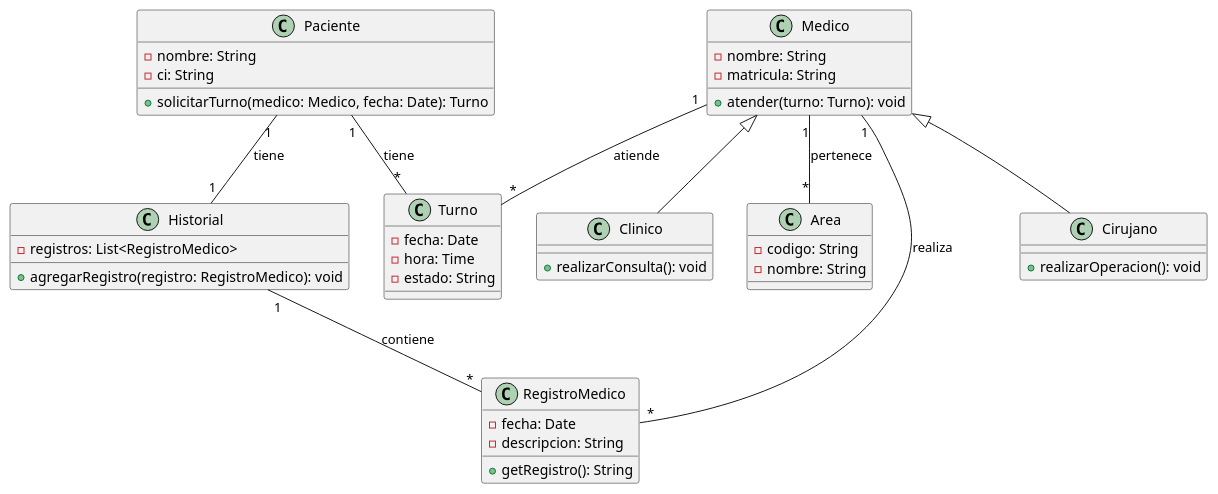
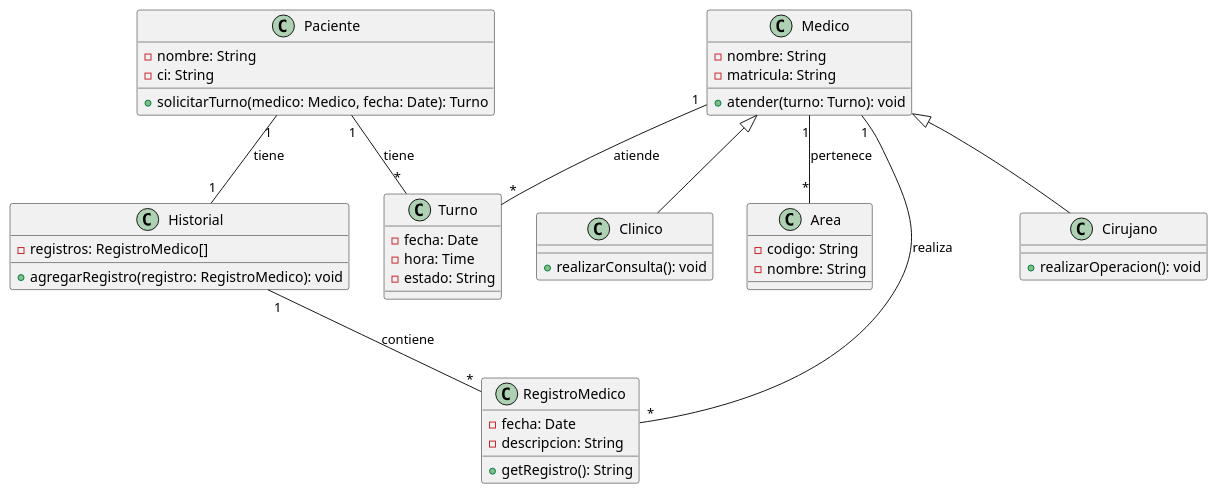
Before and after one commit to MarcosRCG/CFE-Repartido_5: the diagram in src/Ejercicio3/Ejercicio3.puml, drawn with PlantUML. The commit also changed 3 other files, not shown here.

```diff
--- a/src/Ejercicio3/Ejercicio3.puml
+++ b/src/Ejercicio3/Ejercicio3.puml
@@ -1,52 +1,52 @@
 @startuml
 class Paciente {
   -nombre: String
   -ci: String
   +solicitarTurno(medico: Medico, fecha: Date): Turno
 }
 
 class Medico {
   -nombre: String
   -matricula: String
   +atender(turno: Turno): void
 }
 
 class Cirujano extends Medico {
   +realizarOperacion(): void
 }
 
 class Clinico extends Medico {
   +realizarConsulta(): void
 }
 
 class Turno {
   -fecha: Date
   -hora: Time
   -estado: String
 }
 
 class Area {
   -codigo: String
   -nombre: String
 }
 
 class Historial {
-  -registros: List<RegistroMedico>
+  -registros: RegistroMedico[]
   +agregarRegistro(registro: RegistroMedico): void
 }
 
 class RegistroMedico{
     -fecha: Date
     -descripcion: String
     +getRegistro(): String
 }
 
 Medico "1" -- "*" Turno: atiende
 Medico "1" -- "*" Area: pertenece
 Medico "1" -- "*" RegistroMedico: realiza
 Paciente "1" -- "1" Historial: tiene
 Paciente "1" -- "*" Turno: tiene
 Historial "1" -- "*" RegistroMedico: contiene
 
 
 @enduml
```
